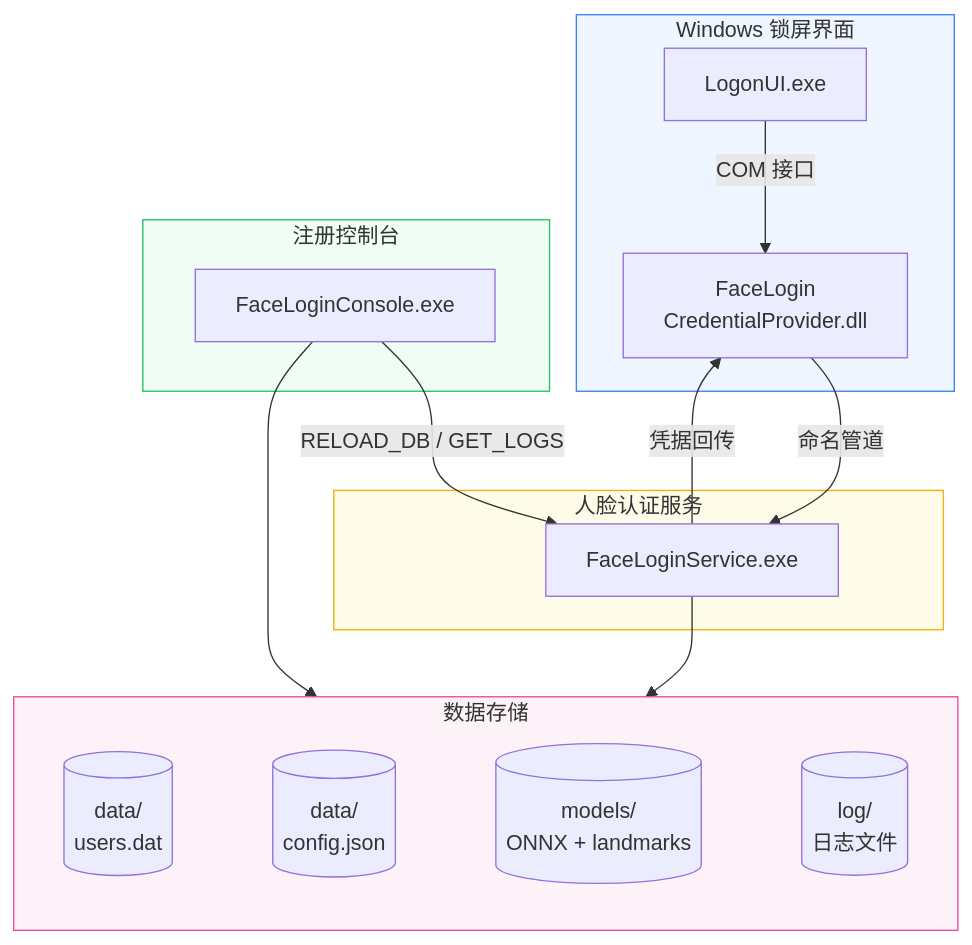
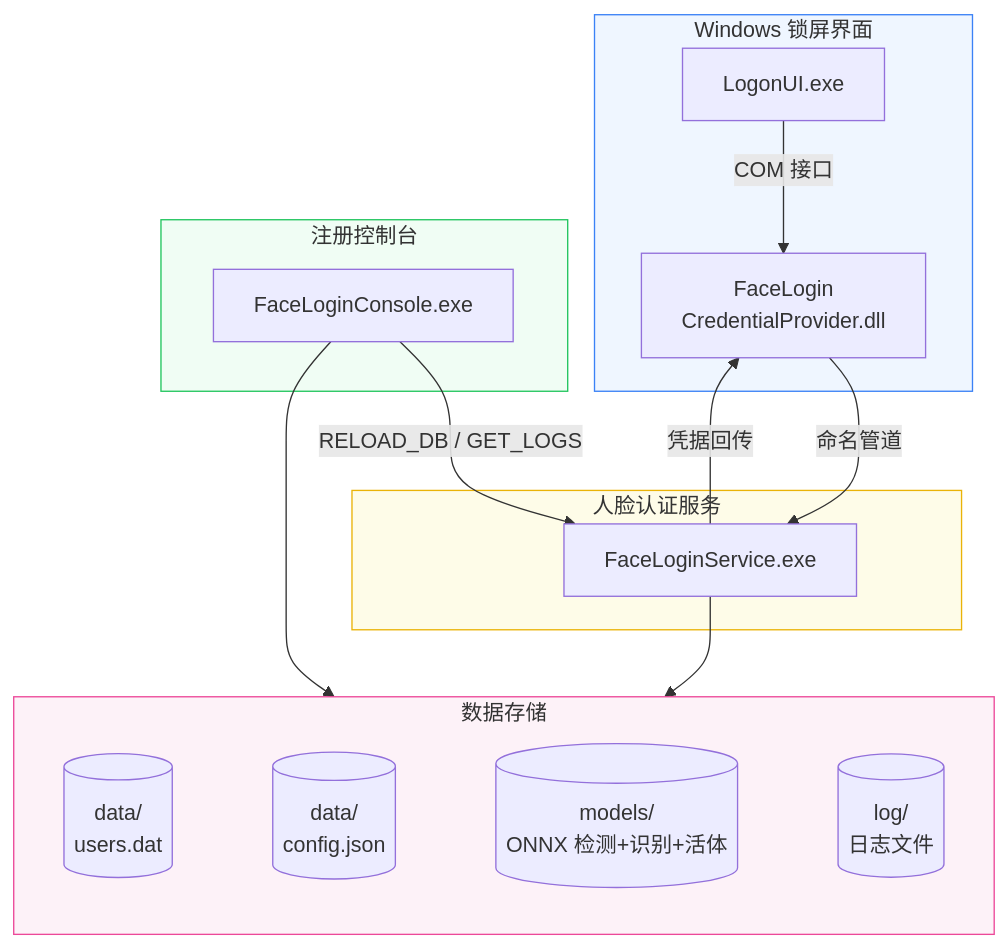
The diagram in README.md (Link2323/LockFace), drawn with Mermaid before and after one commit. The commit also changed other lines of this file and 3 other files, not shown here.

````diff
--- a/README.md
+++ b/README.md
@@ -35,32 +35,32 @@
 ```mermaid
 flowchart TB
     subgraph LockScreen["Windows 锁屏界面"]
         LogonUI["LogonUI.exe"]
         CP["FaceLogin<br/>CredentialProvider.dll"]
     end
 
     subgraph Service["人脸认证服务"]
         Svc["FaceLoginService.exe"]
     end
 
     subgraph Enrollment["注册控制台"]
         Console["FaceLoginConsole.exe"]
     end
 
     subgraph Storage["数据存储"]
         direction LR
-        UsersDB[("data/<br/>users.dat")] ~~~ Config[("data/<br/>config.json")] ~~~ Models[("models/<br/>ONNX + landmarks")] ~~~ Logs[("log/<br/>日志文件")]
+        UsersDB[("data/<br/>users.dat")] ~~~ Config[("data/<br/>config.json")] ~~~ Models[("models/<br/>ONNX 检测+识别+活体")] ~~~ Logs[("log/<br/>日志文件")]
     end
 
     LogonUI -->|"COM 接口"| CP
     CP -->|"命名管道"| Svc
     Svc -->|"凭据回传"| CP
     Console -->|"RELOAD_DB / GET_LOGS"| Svc
     Console --> Storage
     Svc --> Storage
 
     style LockScreen fill:#eff6ff,stroke:#3b82f6
     style Service fill:#fefce8,stroke:#eab308
     style Enrollment fill:#f0fdf4,stroke:#22c55e
     style Storage fill:#fdf2f8,stroke:#ec4899
 ```
````
